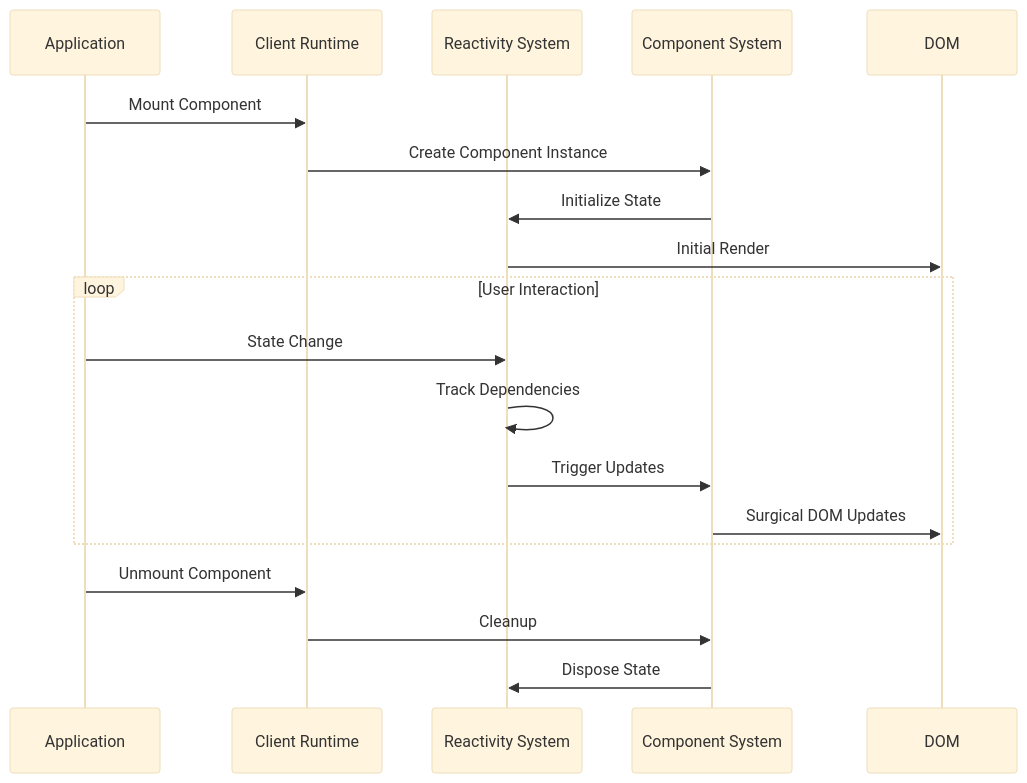
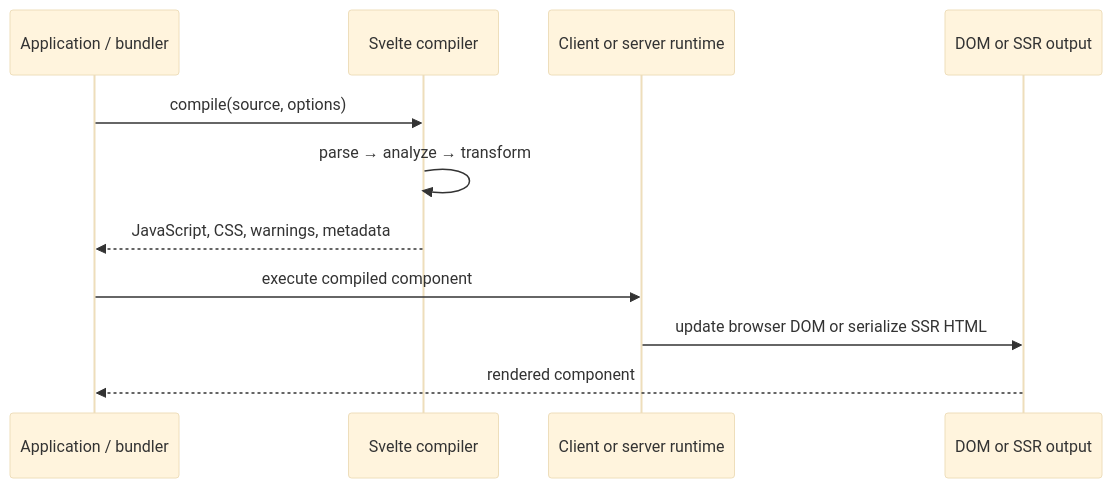
One commit to FSoft-AI4Code/codewiki-demo changed the second of 3 diagrams in docs/sveltejs--svelte-docs/overview.md. Above: the diagram before and after it, drawn with Mermaid (base theme). The commit also changed other lines of this file and 1767 other files, not shown here.

````diff
--- a/docs/sveltejs--svelte-docs/overview.md
+++ b/docs/sveltejs--svelte-docs/overview.md
@@ -103,24 +36,14 @@
 ```mermaid
 sequenceDiagram
-    participant App as Application
-    participant Runtime as Client Runtime
-    participant Reactive as Reactivity System
-    participant Component as Component System
-    participant DOM as DOM
-    
-    App->>Runtime: Mount Component
-    Runtime->>Component: Create Component Instance
-    Component->>Reactive: Initialize State
-    Reactive->>DOM: Initial Render
-    
-    loop User Interaction
-        App->>Reactive: State Change
-        Reactive->>Reactive: Track Dependencies
-        Reactive->>Component: Trigger Updates
-        Component->>DOM: Surgical DOM Updates
-    end
-    
-    App->>Runtime: Unmount Component
-    Runtime->>Component: Cleanup
-    Component->>Reactive: Dispose State
+    participant App as Application / bundler
+    participant Compiler as Svelte compiler
+    participant Runtime as Client or server runtime
+    participant Output as DOM or SSR output
+
+    App->>Compiler: compile(source, options)
+    Compiler->>Compiler: parse → analyze → transform
+    Compiler-->>App: JavaScript, CSS, warnings, metadata
+    App->>Runtime: execute compiled component
+    Runtime->>Output: update browser DOM or serialize SSR HTML
+    Output-->>App: rendered component
 ```
````
